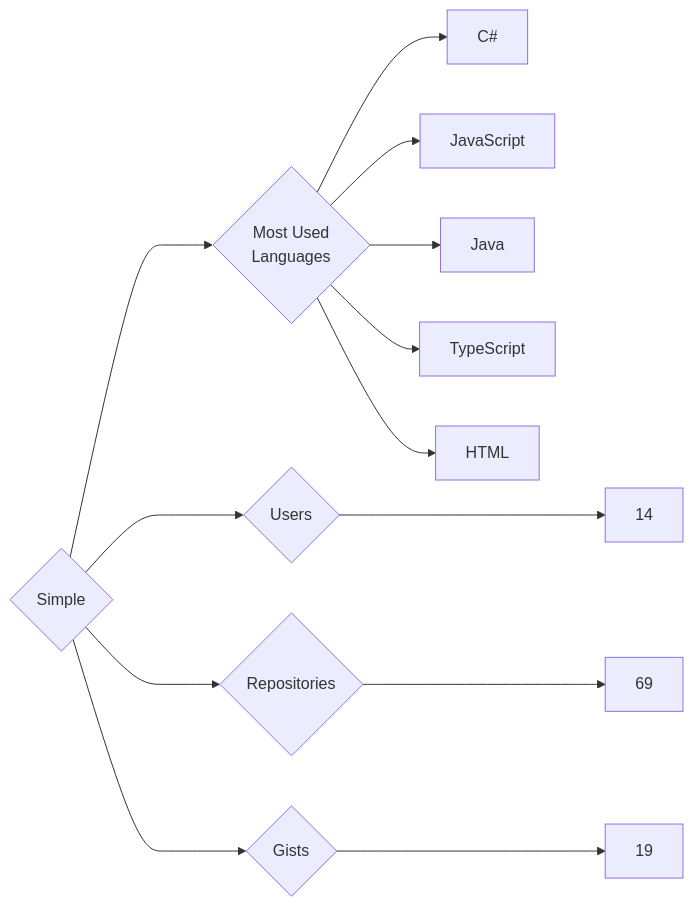
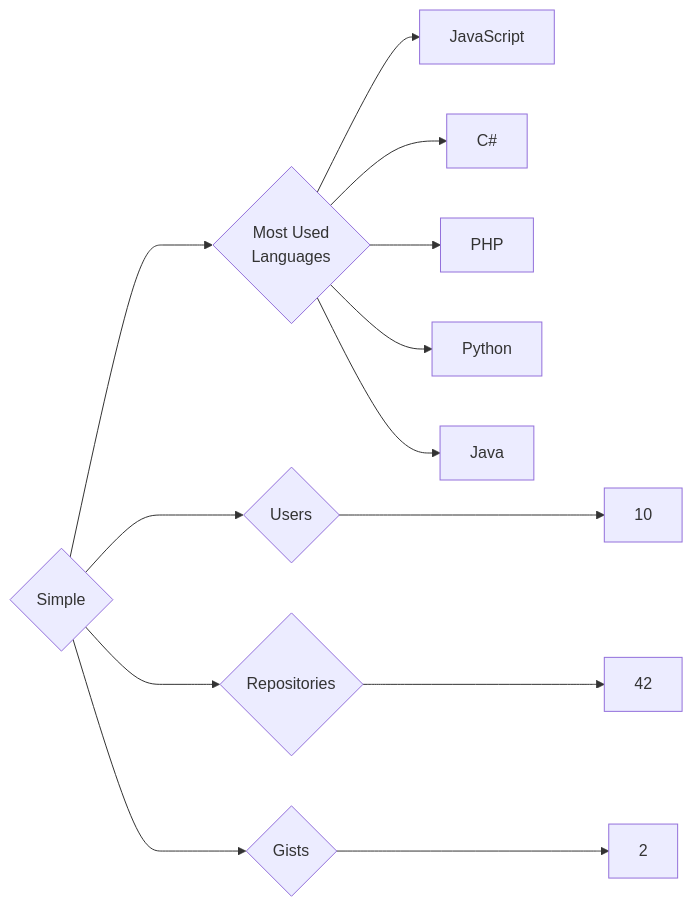
One commit to trickest/insiders changed the diagram in targets/Simple/README.md. Above: the diagram before and after it, drawn with Mermaid. The commit also changed 912 other files, not shown here.

````diff
--- a/targets/Simple/README.md
+++ b/targets/Simple/README.md
@@ -3,13 +3,13 @@
 ```mermaid
 graph LR
 COMPANY_NAME{Simple}
-COMPANY_NAME ---> U{Users} ---> UN[14]
-COMPANY_NAME ---> R{Repositories} ---> RN[69]
-COMPANY_NAME ---> G{Gists} ---> GN[19]
+COMPANY_NAME ---> U{Users} ---> UN[10]
+COMPANY_NAME ---> R{Repositories} ---> RN[42]
+COMPANY_NAME ---> G{Gists} ---> GN[2]
 COMPANY_NAME ---> ML{Most Used<br>Languages}
+ML --> JavaScript[JavaScript]
 ML --> C#[C#]
-ML --> JavaScript[JavaScript]
+ML --> PHP[PHP]
+ML --> Python[Python]
 ML --> Java[Java]
-ML --> TypeScript[TypeScript]
-ML --> HTML[HTML]
 ```
````
